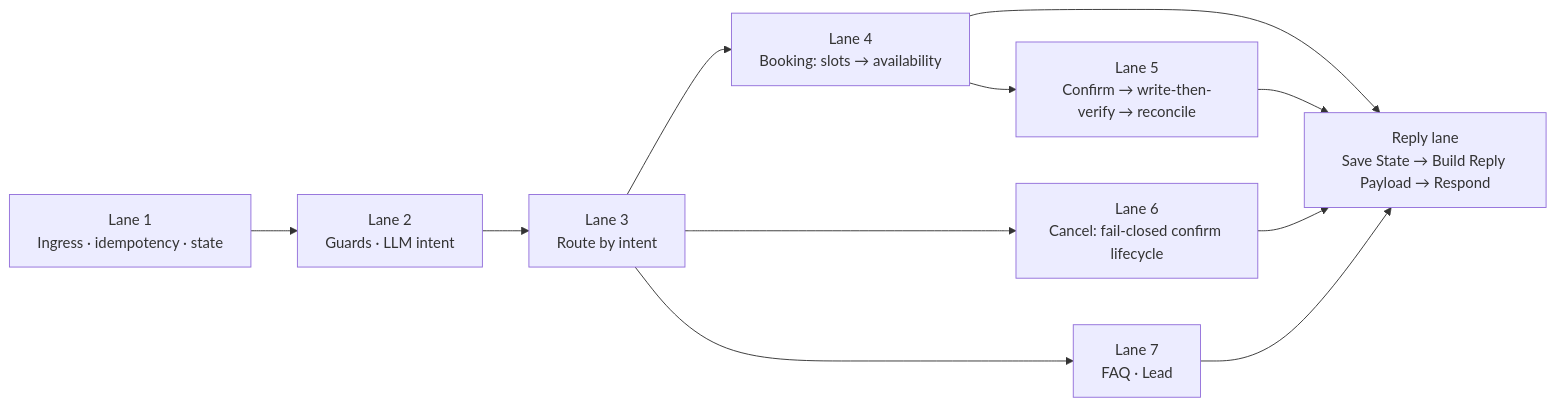
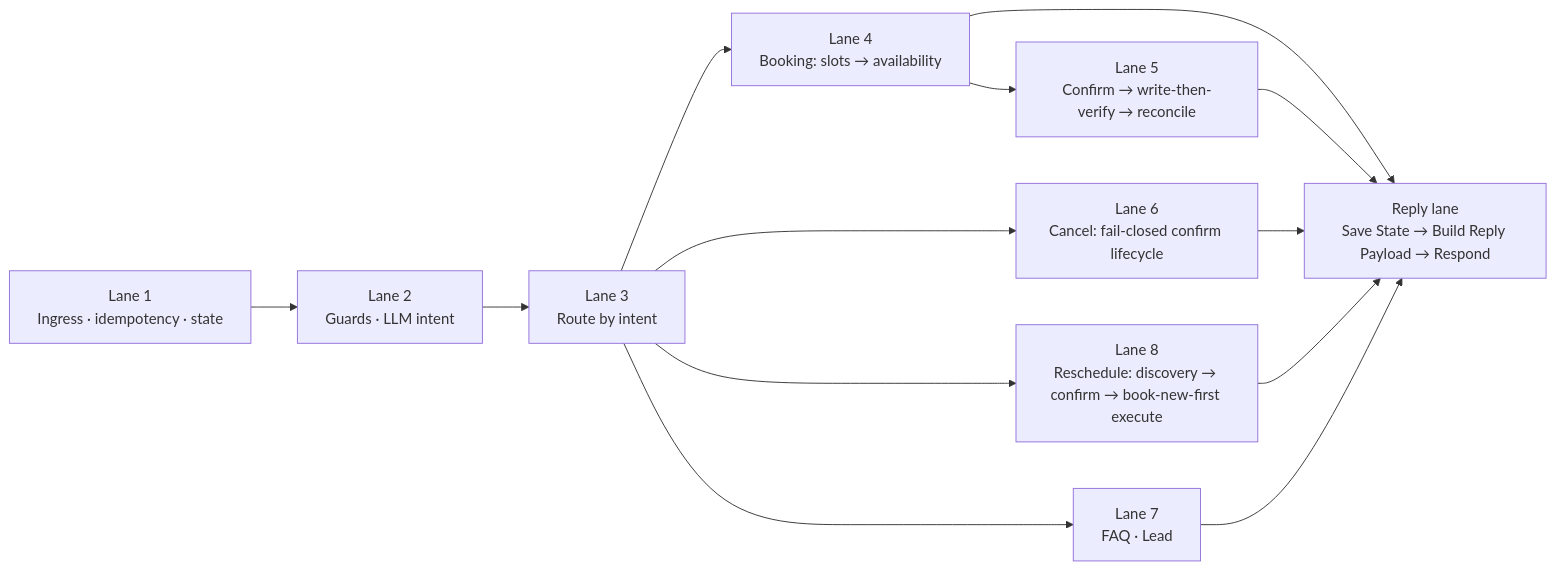
Before and after one commit to Neeidy/salon-booking-bot: the first of 10 diagrams in docs/FLOW-DIAGRAM.md, drawn with Mermaid. The commit also changed other lines of this file and 3 other files, not shown here.

````diff
--- a/docs/FLOW-DIAGRAM.md
+++ b/docs/FLOW-DIAGRAM.md
@@ -15,13 +15,15 @@
 ```mermaid
 flowchart LR
   L1[Lane 1<br/>Ingress · idempotency · state] --> L2[Lane 2<br/>Guards · LLM intent]
   L2 --> L3[Lane 3<br/>Route by intent]
   L3 --> L4[Lane 4<br/>Booking: slots → availability]
   L4 --> L5[Lane 5<br/>Confirm → write-then-verify → reconcile]
   L3 --> L6[Lane 6<br/>Cancel: fail-closed confirm lifecycle]
+  L3 --> L8[Lane 8<br/>Reschedule: discovery → confirm → book-new-first execute]
   L3 --> L7[Lane 7<br/>FAQ · Lead]
   L4 --> R[Reply lane<br/>Save State → Build Reply Payload → Respond]
   L5 --> R
   L6 --> R
+  L8 --> R
   L7 --> R
 ```
````
